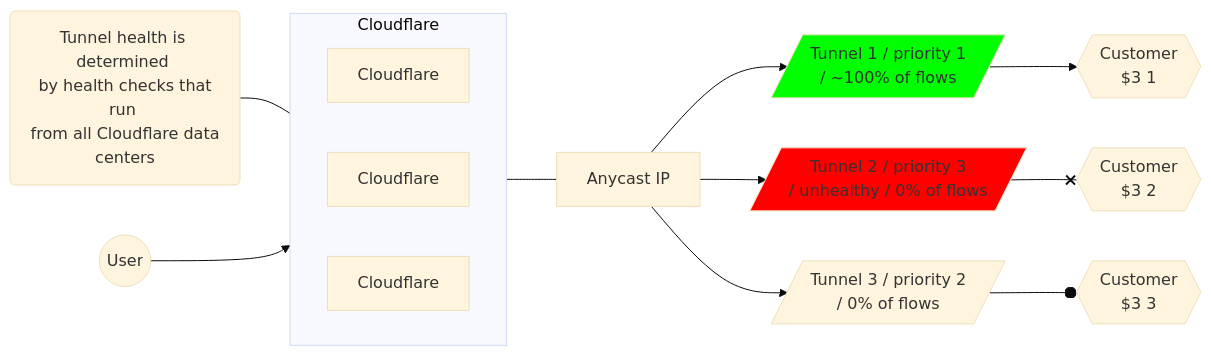
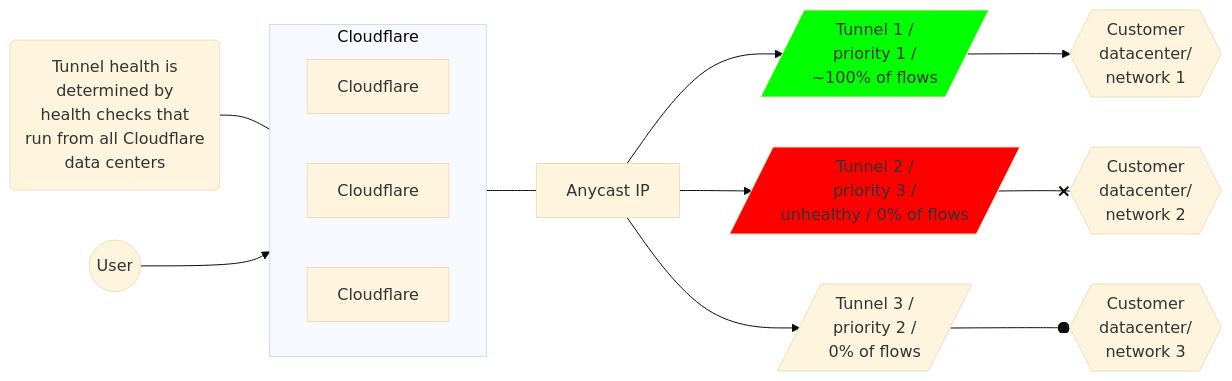
Before and after one commit to cloudflare/cloudflare-docs: the third of 4 diagrams in content/magic-transit/_partials/_traffic-steering.md, drawn with Mermaid (base theme). The commit also changed other lines of this file, not shown here.

````diff
--- a/content/magic-transit/_partials/_traffic-steering.md
+++ b/content/magic-transit/_partials/_traffic-steering.md
@@ -87,20 +87,20 @@
 ```mermaid
 flowchart LR
 accTitle: Tunnels diagram
 accDescr: This example has Tunnel 2 unhealthy, and all traffic prioritized to Tunnel 1.
 
 subgraph Cloudflare
 direction LR
 B[Cloudflare]
 C[Cloudflare]
 D[Cloudflare]
 end
 
-Z(Tunnel health is determined <br> by health checks that run <br> from all Cloudflare data centers) --- Cloudflare
+Z(Tunnel health is <br> determined by <br> health checks that <br> run from all Cloudflare <br> data centers) --- Cloudflare
 A((User)) --> Cloudflare --- E[Anycast IP]
-E[Anycast IP] --> F[/"Tunnel 1 / priority 1 <br> / ~100% of flows"/]:::green --> I{{Customer <br> $3 1}}
-E[Anycast IP] --> G[/Tunnel 2 / priority 3 <br> / unhealthy / 0% of flows/]:::red --x J{{Customer <br> $3 2}}
-E[Anycast IP] --> H[/Tunnel 3 / priority 2 <br> / 0% of flows/] --o K{{Customer <br> $3 3}}
+E[Anycast IP] --> F[/"Tunnel 1 / <br> priority 1 / <br> ~100% of flows"/]:::green --> I{{Customer <br> datacenter/ <br> network 1}}
+E[Anycast IP] --> G[/Tunnel 2 / <br> priority 3 / <br> unhealthy / 0% of flows/]:::red --x J{{Customer <br> datacenter/ <br> network 2}}
+E[Anycast IP] --> H[/Tunnel 3 / <br> priority 2 / <br> 0% of flows/] --o K{{Customer <br> datacenter/ <br> network 3}}
 classDef red fill:#FF0000
 classDef green fill:#00FF00
 ```
````
